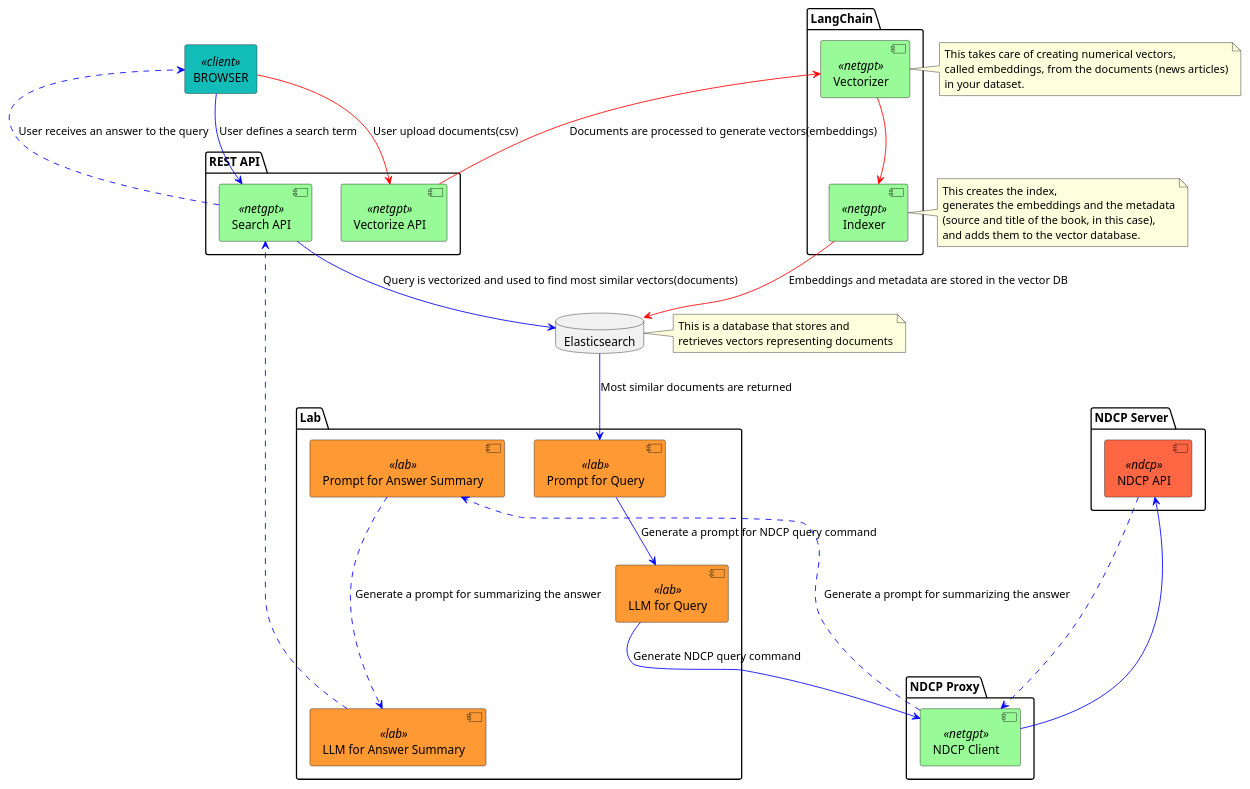
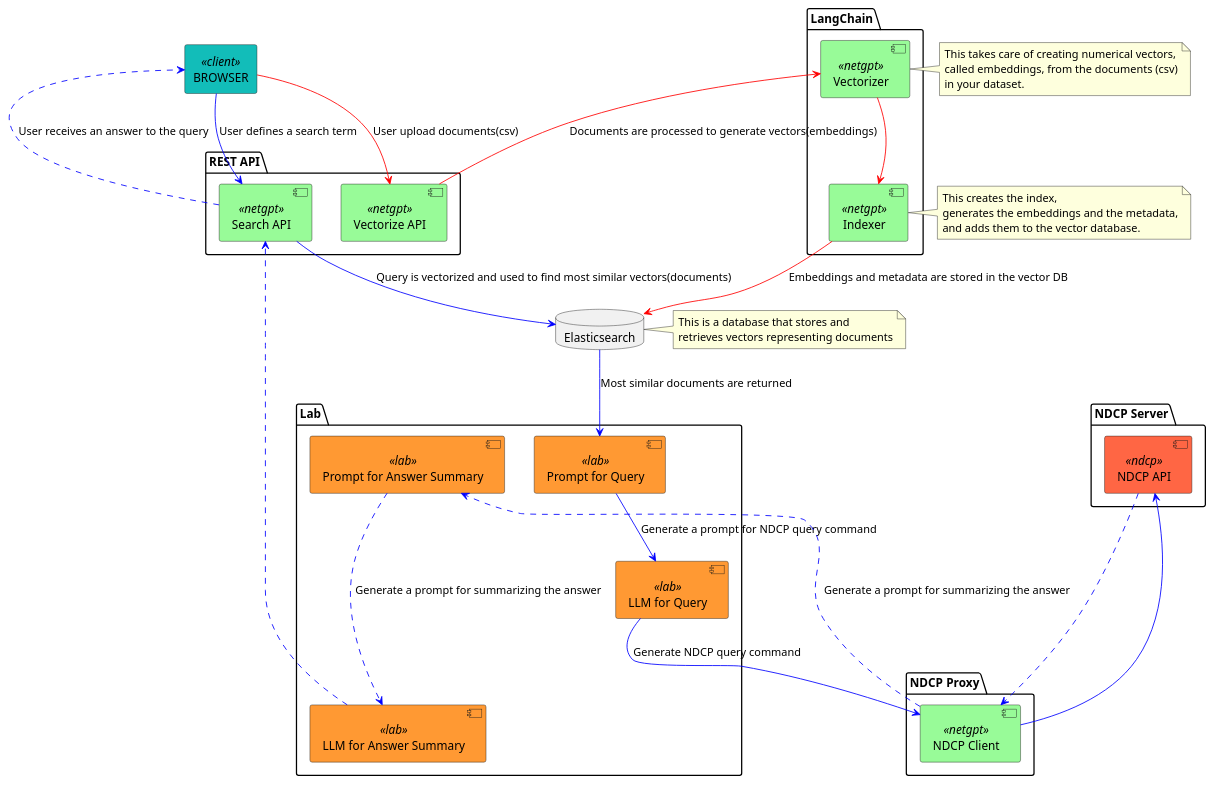
The diagram in docs/plantuml/architecture.puml (coolbeevip/langchain_feature_playground), drawn with PlantUML before and after one commit. The commit also changed 3 other files, not shown here.

```diff
--- a/docs/plantuml/architecture.puml
+++ b/docs/plantuml/architecture.puml
@@ -1,75 +1,74 @@
 @startuml
 <style>
 .client {
   BackgroundColor #12bdb9
 }
 .netgpt {
   BackgroundColor palegreen
 }
 .lab {
   BackgroundColor #ff9933
 }
 .ndcp {
   BackgroundColor #ff6644
 }
 </style>
 agent BROWSER << client >>
 
 database "Elasticsearch"
 
 package "LangChain" {
     [Indexer] << netgpt >>
     [Vectorizer] << netgpt >>
 }
 package "REST API" {
     [Search API] << netgpt >>
     [Vectorize API] << netgpt >>
 }
 package "NDCP Proxy" {
     [NDCP Client] << netgpt >>
 }
 package "Lab" {
     [Prompt for Query] << lab >>
     [LLM for Query] << lab >>
     [Prompt for Answer Summary] << lab >>
     [LLM for Answer Summary] << lab >>
 }
 package "NDCP Server" {
     [NDCP API] << ndcp >>
 }
 note right of [Indexer]
 This creates the index,
-generates the embeddings and the metadata
-(source and title of the book, in this case),
+generates the embeddings and the metadata,
 and adds them to the vector database.
 end note
 
 note right of [Vectorizer]
 This takes care of creating numerical vectors,
-called embeddings, from the documents (news articles)
+called embeddings, from the documents (csv)
 in your dataset.
 end note
 
 note right of [Elasticsearch]
 This is a database that stores and
 retrieves vectors representing documents
 end note
 
 BROWSER --> [Vectorize API] #line:red : User upload documents(csv)
 [Vectorize API] --> [Vectorizer] #line:red : Documents are processed to generate vectors(embeddings)
 [Vectorizer] --> [Indexer] #line:red
 [Indexer] --> "Elasticsearch" #line:red : Embeddings and metadata are stored in the vector DB
 
 BROWSER --> [Search API] #line:blue : User defines a search term
 [Search API] ..-> BROWSER #line:blue : User receives an answer to the query
 
 [Search API] --> "Elasticsearch" #line:blue : Query is vectorized and used to find most similar vectors(documents)
 "Elasticsearch" --> [Prompt for Query] #line:blue : Most similar documents are returned
 [Prompt for Query] --> [LLM for Query] #line:blue : Generate a prompt for NDCP query command
 [LLM for Query] --> [NDCP Client] #line:blue : Generate NDCP query command
 [NDCP Client] --> [NDCP API] #line:blue
 [NDCP API] ..-> [NDCP Client] #line:blue
 [NDCP Client] ..-> [Prompt for Answer Summary] #line:blue : Generate a prompt for summarizing the answer
 [Prompt for Answer Summary] ..-> [LLM for Answer Summary] #line:blue : Generate a prompt for summarizing the answer
 [LLM for Answer Summary] ..-> [Search API] #line:blue
 @enduml
```
